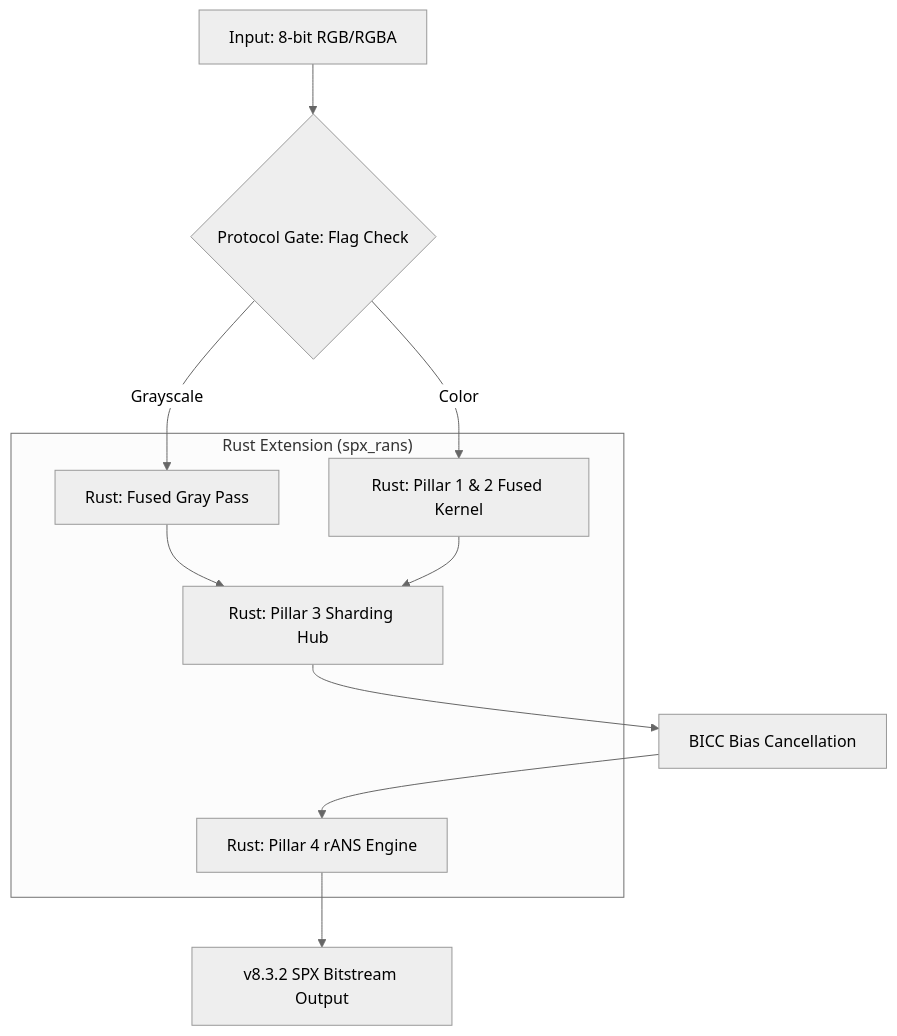
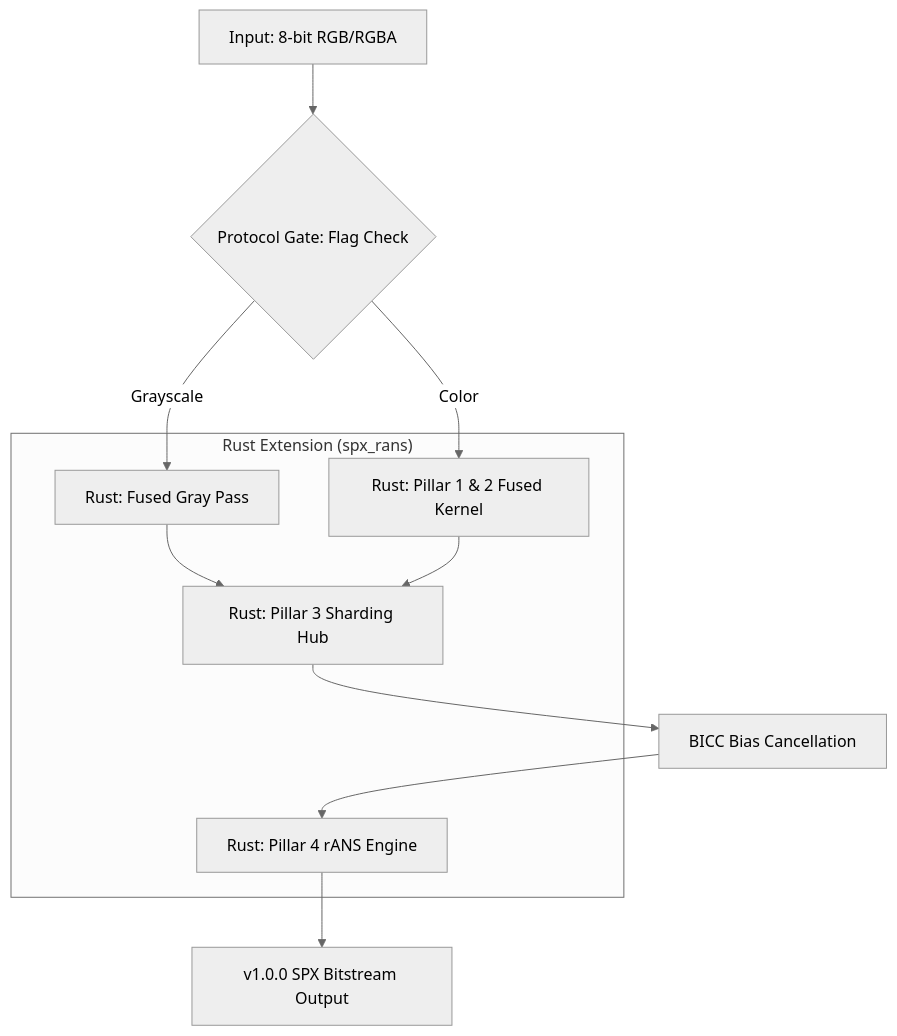
Before and after one commit to nonkilife/SPX-Image-Lossless-Compression: the diagram in README.md, drawn with Mermaid (neutral theme). The commit also changed other lines of this file and 17 other files, not shown here.

Commit message:
feat: implement SPX codec v1.0.0 with Rust-native backend and parallel decoding architecture

````diff
--- a/README.md
+++ b/README.md
@@ -218,19 +218,19 @@
 ```mermaid
 graph TD
     A[Input: 8-bit RGB/RGBA] --> B{Protocol Gate: Flag Check}
     B -->|Grayscale| C1[Rust: Fused Gray Pass]
     B -->|Color| C2[Rust: Pillar 1 & 2 Fused Kernel]
     
     C1 & C2 --> D[Rust: Pillar 3 Sharding Hub]
     
     D --> E[BICC Bias Cancellation]
     E --> F[Rust: Pillar 4 rANS Engine]
-    F --> G[v8.3.2 SPX Bitstream Output]
+    F --> G[v1.0.0 SPX Bitstream Output]
     
     subgraph "Rust Extension (spx_rans)"
         C1
         C2
         D
         F
     end
 ```
````
